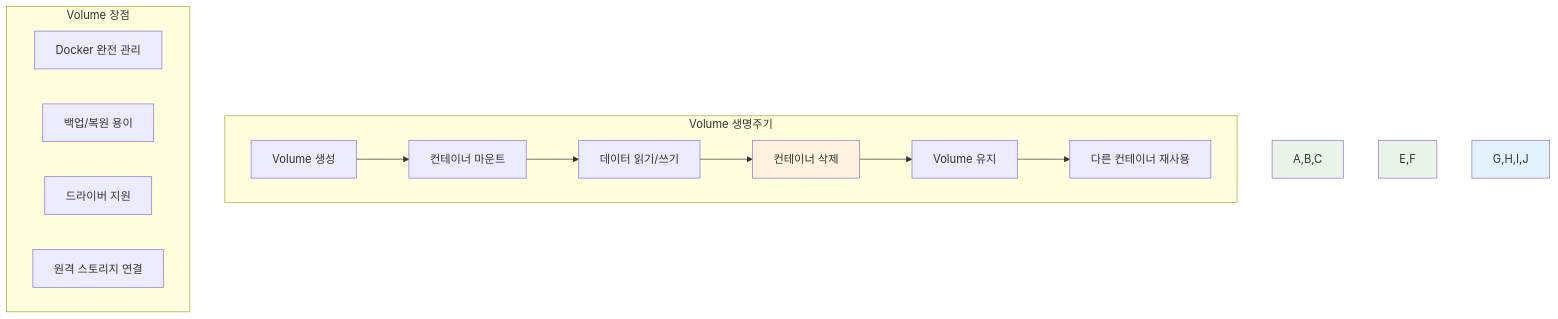
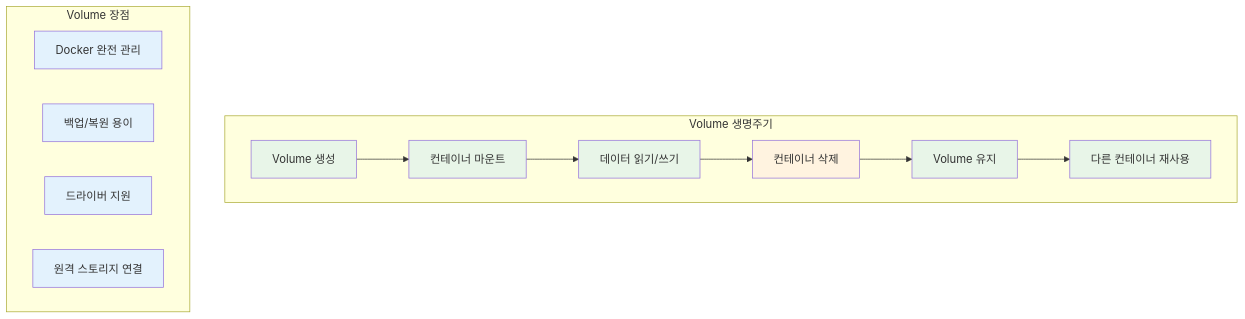
One commit to niceguy61/kdt_devops_lecture_2025 changed the third of 5 diagrams in theory/week_02/day2/session_1.md. Above: the diagram before and after it, drawn with Mermaid. The commit also changed other lines of this file and 63 other files, not shown here.

````diff
--- a/theory/week_02/day2/session_1.md
+++ b/theory/week_02/day2/session_1.md
@@ -94,22 +94,28 @@
 ```mermaid
 graph TB
     subgraph "Volume 생명주기"
         A[Volume 생성] --> B[컨테이너 마운트]
         B --> C[데이터 읽기/쓰기]
         C --> D[컨테이너 삭제]
         D --> E[Volume 유지]
         E --> F[다른 컨테이너 재사용]
     end
     
     subgraph "Volume 장점"
         G[Docker 완전 관리]
         H[백업/복원 용이]
         I[드라이버 지원]
         J[원격 스토리지 연결]
     end
     
-    style A,B,C fill:#e8f5e8
+    style A fill:#e8f5e8
+    style B fill:#e8f5e8
+    style C fill:#e8f5e8
     style D fill:#fff3e0
-    style E,F fill:#e8f5e8
-    style G,H,I,J fill:#e3f2fd
+    style E fill:#e8f5e8
+    style F fill:#e8f5e8
+    style G fill:#e3f2fd
+    style H fill:#e3f2fd
+    style I fill:#e3f2fd
+    style J fill:#e3f2fd
 ```
````
